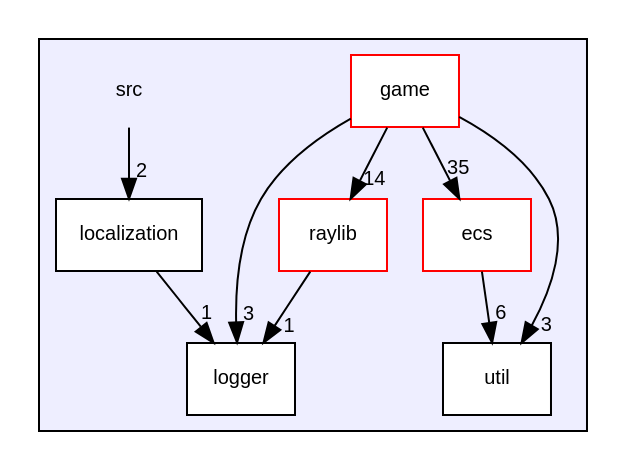
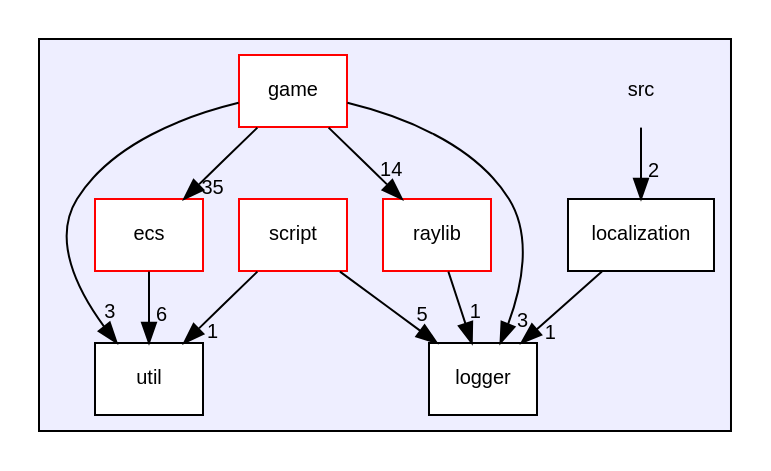
Before and after one commit to MisterPeModder/Bomberman-Global-Offensive: the diagram in dir_68267d1309a1af8e8297ef4c3efbcdba_dep.dot, drawn with Graphviz. The commit also changed 426 other files, not shown here.

```diff
--- a/dir_68267d1309a1af8e8297ef4c3efbcdba_dep.dot
+++ b/dir_68267d1309a1af8e8297ef4c3efbcdba_dep.dot
@@ -1,23 +1,26 @@
 digraph "src" {
   compound=true
   node [ fontsize="10", fontname="Helvetica"];
   edge [ labelfontsize="10", labelfontname="Helvetica"];
   subgraph clusterdir_68267d1309a1af8e8297ef4c3efbcdba {
     graph [ bgcolor="#eeeeff", pencolor="black", label="" URL="dir_68267d1309a1af8e8297ef4c3efbcdba.html"];
     dir_68267d1309a1af8e8297ef4c3efbcdba [shape=plaintext label="src"];
     dir_ddca5f149c4ce13074f28b270e950ba9 [shape=box label="ecs" color="red" fillcolor="white" style="filled" URL="dir_ddca5f149c4ce13074f28b270e950ba9.html"];
     dir_1699be727a800b1d059c6f7f2b91d2ee [shape=box label="game" color="red" fillcolor="white" style="filled" URL="dir_1699be727a800b1d059c6f7f2b91d2ee.html"];
     dir_502e2e551a70cf7978464aef90fcfcf1 [shape=box label="localization" color="black" fillcolor="white" style="filled" URL="dir_502e2e551a70cf7978464aef90fcfcf1.html"];
     dir_ffde1fbcaa8d6b0d34e29c3bddf7a801 [shape=box label="logger" color="black" fillcolor="white" style="filled" URL="dir_ffde1fbcaa8d6b0d34e29c3bddf7a801.html"];
     dir_d4cc5f0b3cfddd1b0952a9e00053f649 [shape=box label="raylib" color="red" fillcolor="white" style="filled" URL="dir_d4cc5f0b3cfddd1b0952a9e00053f649.html"];
+    dir_fe414d616bd0c4668e6515f48824338f [shape=box label="script" color="red" fillcolor="white" style="filled" URL="dir_fe414d616bd0c4668e6515f48824338f.html"];
     dir_b7878ad5ecbf2506f4125b9d34c97e45 [shape=box label="util" color="black" fillcolor="white" style="filled" URL="dir_b7878ad5ecbf2506f4125b9d34c97e45.html"];
   }
   dir_68267d1309a1af8e8297ef4c3efbcdba->dir_502e2e551a70cf7978464aef90fcfcf1 [headlabel="2", labeldistance=1.5 headhref="dir_000000_000017.html"];
-  dir_ddca5f149c4ce13074f28b270e950ba9->dir_b7878ad5ecbf2506f4125b9d34c97e45 [headlabel="6", labeldistance=1.5 headhref="dir_000001_000022.html"];
+  dir_fe414d616bd0c4668e6515f48824338f->dir_b7878ad5ecbf2506f4125b9d34c97e45 [headlabel="1", labeldistance=1.5 headhref="dir_000022_000024.html"];
+  dir_fe414d616bd0c4668e6515f48824338f->dir_ffde1fbcaa8d6b0d34e29c3bddf7a801 [headlabel="5", labeldistance=1.5 headhref="dir_000022_000018.html"];
+  dir_ddca5f149c4ce13074f28b270e950ba9->dir_b7878ad5ecbf2506f4125b9d34c97e45 [headlabel="6", labeldistance=1.5 headhref="dir_000001_000024.html"];
   dir_d4cc5f0b3cfddd1b0952a9e00053f649->dir_ffde1fbcaa8d6b0d34e29c3bddf7a801 [headlabel="1", labeldistance=1.5 headhref="dir_000009_000018.html"];
   dir_502e2e551a70cf7978464aef90fcfcf1->dir_ffde1fbcaa8d6b0d34e29c3bddf7a801 [headlabel="1", labeldistance=1.5 headhref="dir_000017_000018.html"];
-  dir_1699be727a800b1d059c6f7f2b91d2ee->dir_b7878ad5ecbf2506f4125b9d34c97e45 [headlabel="3", labeldistance=1.5 headhref="dir_000007_000022.html"];
+  dir_1699be727a800b1d059c6f7f2b91d2ee->dir_b7878ad5ecbf2506f4125b9d34c97e45 [headlabel="3", labeldistance=1.5 headhref="dir_000007_000024.html"];
   dir_1699be727a800b1d059c6f7f2b91d2ee->dir_ffde1fbcaa8d6b0d34e29c3bddf7a801 [headlabel="3", labeldistance=1.5 headhref="dir_000007_000018.html"];
   dir_1699be727a800b1d059c6f7f2b91d2ee->dir_ddca5f149c4ce13074f28b270e950ba9 [headlabel="35", labeldistance=1.5 headhref="dir_000007_000001.html"];
   dir_1699be727a800b1d059c6f7f2b91d2ee->dir_d4cc5f0b3cfddd1b0952a9e00053f649 [headlabel="14", labeldistance=1.5 headhref="dir_000007_000009.html"];
 }
```
